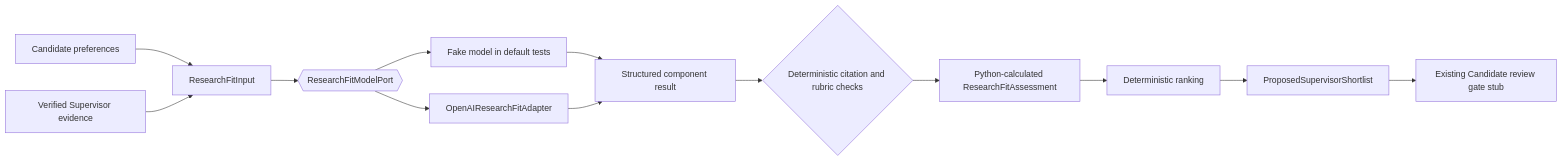
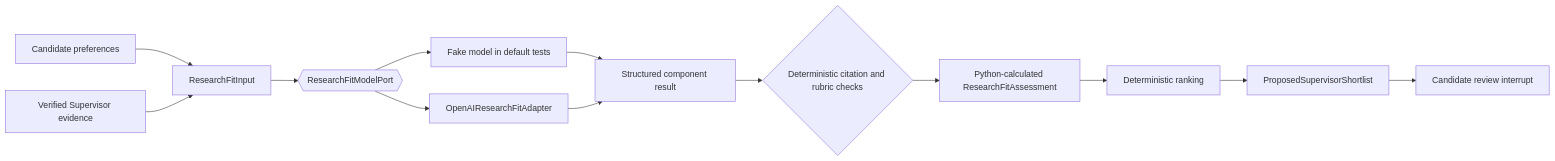
One commit to shanly-rajan/ai-builder changed the seventh of 10 diagrams in projects/scholar-path/README.md. Above: the diagram before and after it, drawn with Mermaid. The commit also changed other lines of this file and 35 other files, not shown here.

Commit message:
feat: add durable Candidate review persistence

````diff
--- a/projects/scholar-path/README.md
+++ b/projects/scholar-path/README.md
@@ -302,15 +310,15 @@
 ```mermaid
 flowchart LR
     C[Candidate preferences] --> I[ResearchFitInput]
     V[Verified Supervisor evidence] --> I
     I --> P{{ResearchFitModelPort}}
     P --> F[Fake model in default tests]
     P --> O[OpenAIResearchFitAdapter]
     F --> S[Structured component result]
     O --> S
     S --> D{Deterministic citation and rubric checks}
     D --> A[Python-calculated ResearchFitAssessment]
     A --> R[Deterministic ranking]
     R --> PS[ProposedSupervisorShortlist]
-    PS --> G[Existing Candidate review gate stub]
+    PS --> G[Candidate review interrupt]
 ```
````
